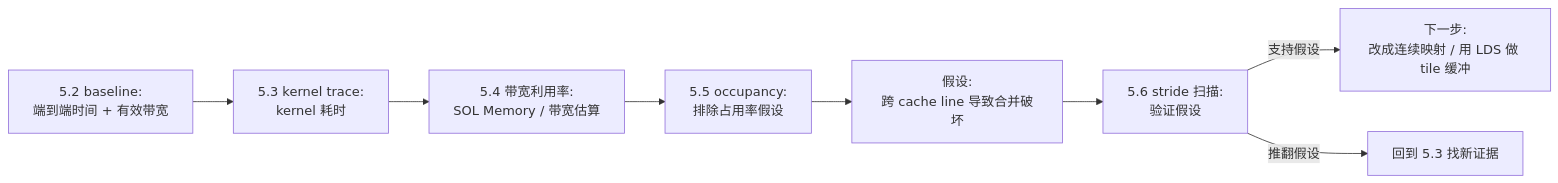
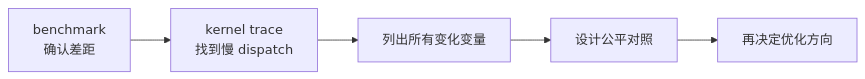
Before and after one commit to Weihong-Liu/hello-gpu: the third of 3 diagrams in docs/part1-profiling/chapter5/index.md, drawn with Mermaid. The commit also changed other lines of this file and 14 other files, not shown here.

Commit message:
docs(part1): 简化 profiling 教程与 Roofline 图

````diff
--- a/docs/part1-profiling/chapter5/index.md
+++ b/docs/part1-profiling/chapter5/index.md
@@ -495,10 +280,7 @@
 ```mermaid
 flowchart LR
-    A[5.2 baseline:<br/>端到端时间 + 有效带宽] --> B[5.3 kernel trace:<br/>kernel 耗时]
-    B --> C[5.4 带宽利用率:<br/>SOL Memory / 带宽估算]
-    C --> D[5.5 occupancy:<br/>排除占用率假设]
-    D --> E[假设:<br/>跨 cache line 导致合并破坏]
-    E --> F[5.6 stride 扫描:<br/>验证假设]
-    F -->|支持假设| G[下一步:<br/>改成连续映射 / 用 LDS 做 tile 缓冲]
-    F -->|推翻假设| H[回到 5.3 找新证据]
+    A[benchmark<br/>确认差距] --> B[kernel trace<br/>找到慢 dispatch]
+    B --> C[列出所有变化变量]
+    C --> D[设计公平对照]
+    D --> E[再决定优化方向]
 ```
````
